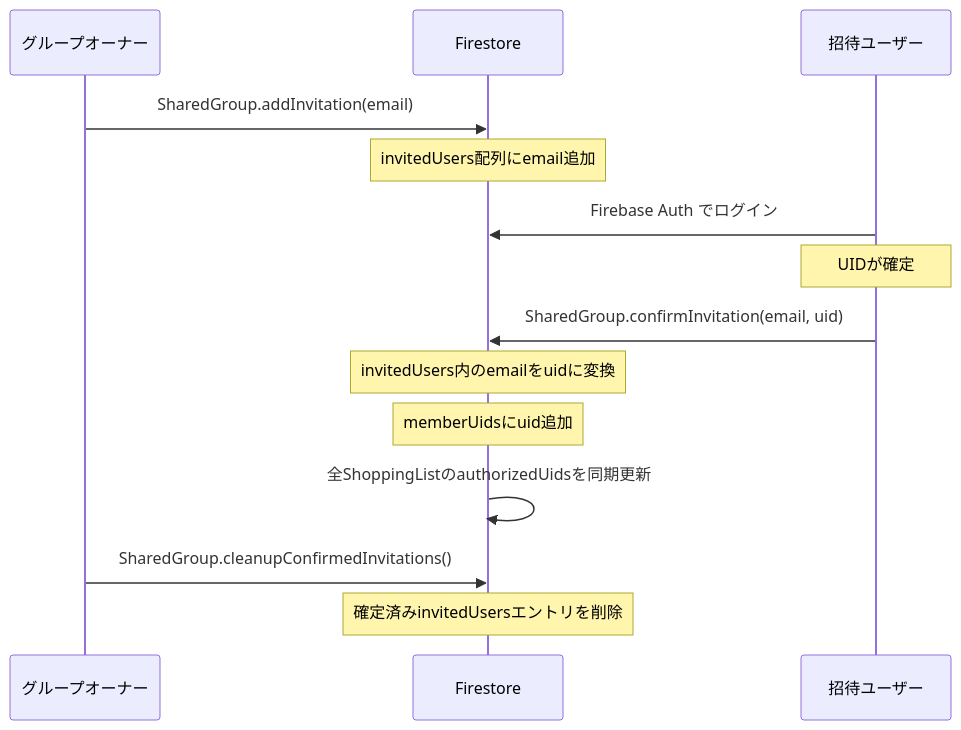
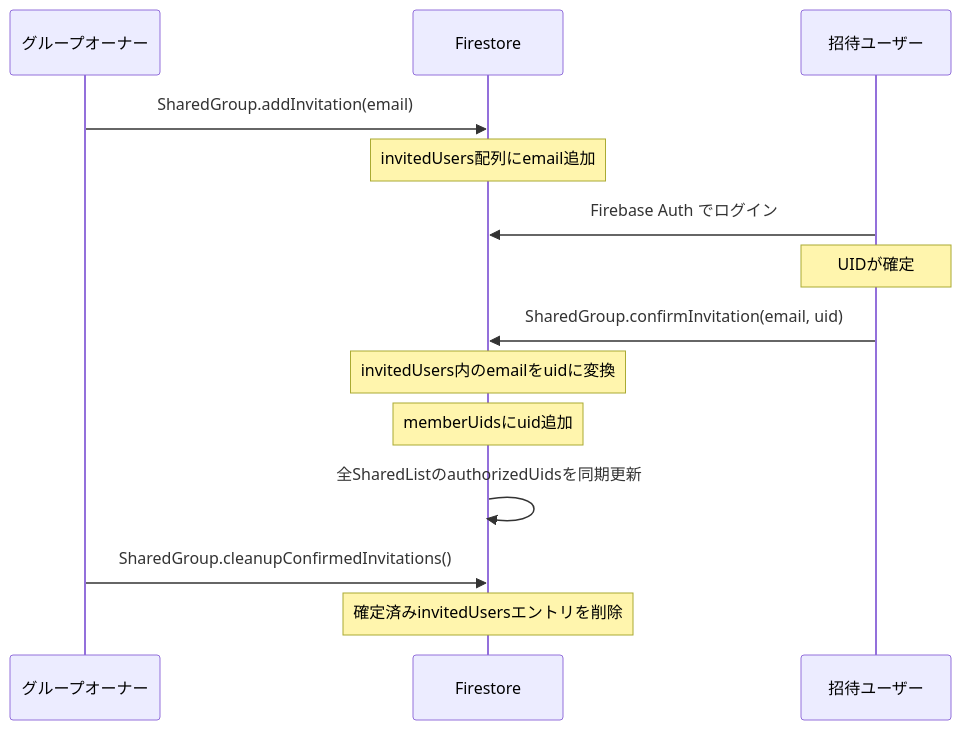
The first of 3 diagrams in docs/firestore_architecture.md (maya27AokiSawada/go_shop), drawn with Mermaid before and after one commit. The commit also changed other lines of this file and 110 other files, not shown here.

````diff
--- a/docs/firestore_architecture.md
+++ b/docs/firestore_architecture.md
@@ -68,21 +68,21 @@
 ```mermaid
 sequenceDiagram
     participant A as グループオーナー
     participant F as Firestore
     participant B as 招待ユーザー
     
     A->>F: SharedGroup.addInvitation(email)
     Note over F: invitedUsers配列にemail追加
     
     B->>F: Firebase Auth でログイン
     Note over B: UIDが確定
     
     B->>F: SharedGroup.confirmInvitation(email, uid)
     Note over F: invitedUsers内のemailをuidに変換
     Note over F: memberUidsにuid追加
     
-    F->>F: 全ShoppingListのauthorizedUidsを同期更新
+    F->>F: 全SharedListのauthorizedUidsを同期更新
     
     A->>F: SharedGroup.cleanupConfirmedInvitations()
     Note over F: 確定済みinvitedUsersエントリを削除
 ```
````
